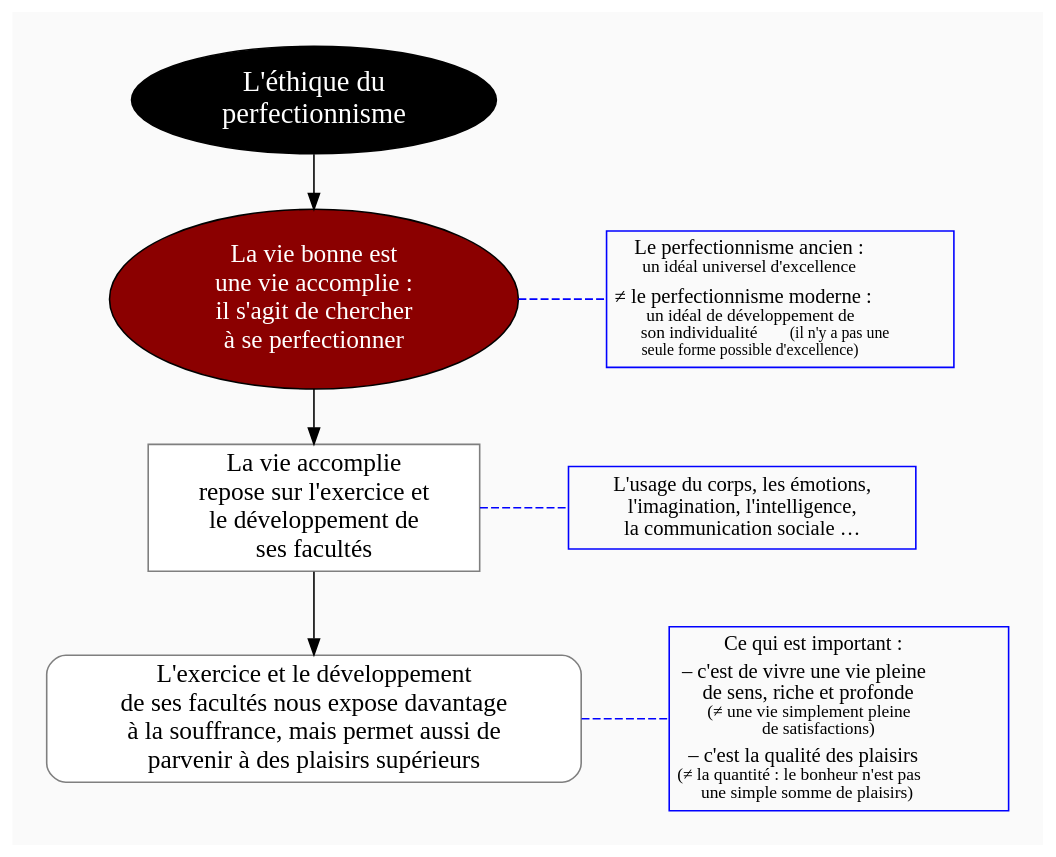
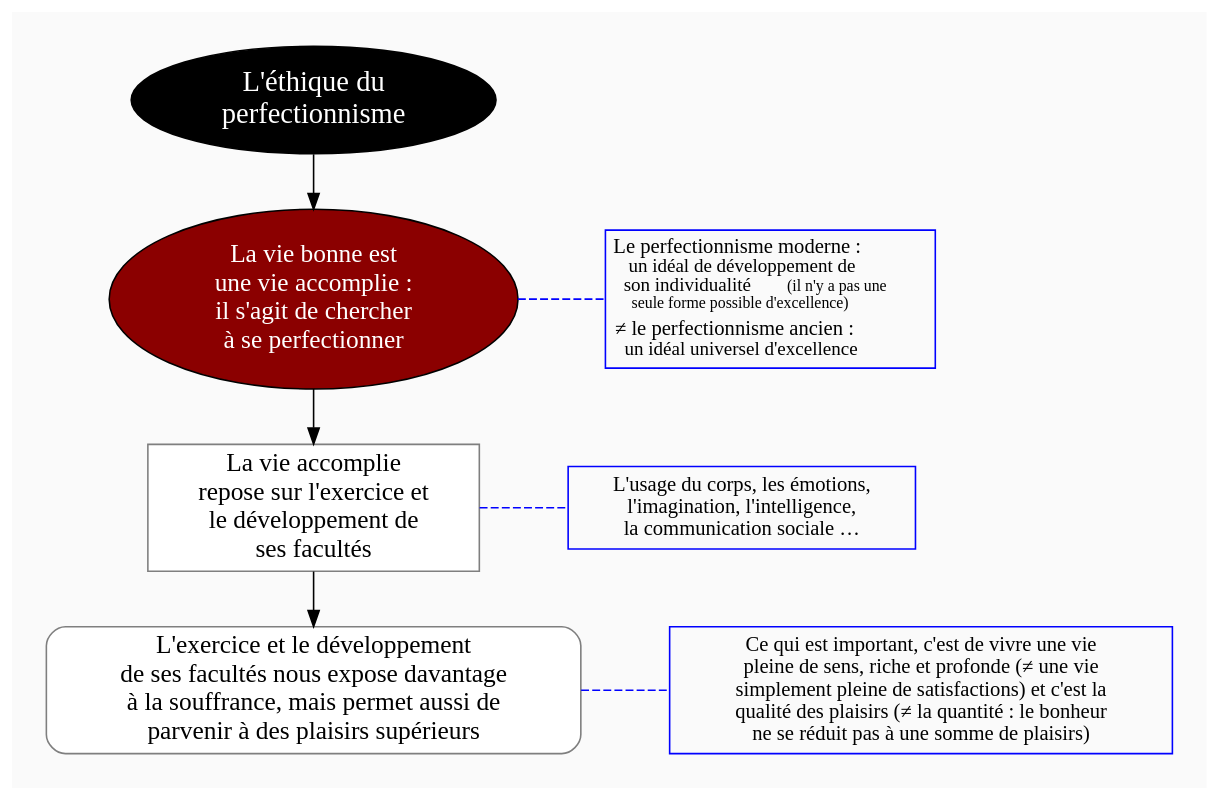
One commit to eyssette/graphviz-examples changed the diagram in diagram/perfectionnisme.dot. Above: the diagram before and after it, drawn with Graphviz.

```diff
--- a/diagram/perfectionnisme.dot
+++ b/diagram/perfectionnisme.dot
@@ -1,100 +1,95 @@
 digraph G {
 // Template : diagram
 // Usage : cours sur le bonheur et le désir
 // Référence : perfectionnisme moral
 
 //rankdir=LR
 splines=true
 //splines=curved
 bgcolor=grey98
 pad=0.3
 style=filled
 edge[minlen=4]
 ranksep=0.1
 nodesep=0.2 // valeur à changer ?
 
 // NIVEAU 1
 node[style=filled; fillcolor=12 ; fontcolor=white ; fontsize=18]
 // a1[label=""]
 a1[label="L'éthique du
 perfectionnisme"]
 
 
 // NIVEAU 2
 node[style=filled;fillcolor=red4;fontcolor=white; fontsize=16]
 // b1[label=""]
 a1->b1[headport=n]
 
 b1[label="La vie bonne est
 une vie accomplie :
 il s'agit de chercher
 à se perfectionner"]
 
 // NIVEAU 3 (sans intermédiaire)
 node [shape=box; style=filled;fillcolor=white;fontcolor=black;color=grey50]
 // c1[label=""]
 b1->c1
 c1[label="La vie accomplie
 repose sur l'exercice et
 le développement de
 ses facultés"]
 
 // INTERMEDIAIRE AVANT NIVEAU 3
 node[style=filled;fillcolor=grey78;shape=oval]
 // [arrowhead=none]
 // bc1[label=""]
 
 // NIVEAU 3 (avec intermédiaire)
 node[style="filled";fillcolor=white;shape=box;color=grey50]
 // c1[label=""]
 
 // NIVEAU 4
 node[style="filled, rounded";fillcolor=white;shape=box;color=grey50]
 // d1[label=""]
 c1->d1
 d1[label="L'exercice et le développement
 de ses facultés nous expose davantage
 à la souffrance, mais permet aussi de
 parvenir à des plaisirs supérieurs"]
 
 // ETIQUETTES EN ROUGE
 node[shape=plaintext;fontcolor=firebrick3;fillcolor=grey98]
 // e1[label=< <B>= Titre</B><BR /><BR />Contenu<BR /> >]
 // e1[label=""]
 // ->e1[minlen=1;style=invis]
 
 
 // Remarques
 node[color=blue;shape=box;style=filled;margin=0.07;fontcolor=black;fontsize=13]
 edge[color=blue;arrowhead="none";xlabel="";style=dashed]
 // r1[label=""]
 // {rank=same;->r1}
 // {rank=same;r1->[dir=back]}
 
 {rank=same;b1->r1}
 {rank=same;c1->r2}
 {rank=same;d1->r3}
 
-r1[label=<Le perfectionnisme ancien :<br/>
-<font point-size="11">un idéal universel d'excellence<br/></font>
-<font point-size="7"><br/></font>
-≠ le perfectionnisme moderne :<br/>
-<font point-size="11">un idéal de développement de<br/>
-son individualité</font><font point-size="10">(il n'y a pas une<br/>
-seule forme possible d'excellence)</font>>]
+r1[label=<Le perfectionnisme moderne :<br/>
+<font point-size="12">un idéal de développement de<br/>
+son individualité </font><font point-size="10">(il n'y a pas une<br/>
+seule forme possible d'excellence)</font><br/>
+<font point-size="5"><br/></font>
+≠ le perfectionnisme ancien :<br/>
+<font point-size="12">un idéal universel d'excellence<br/></font>>]
 r2[label="L'usage du corps, les émotions,
 l'imagination, l'intelligence,
 la communication sociale …"]
-r3[label=<Ce qui est important :<br/>
-<font point-size="5"><br/></font>
-– c'est de vivre une vie pleine<br/>
-de sens, riche et profonde<br/>
-<font point-size="11">(≠ une vie simplement 
-pleine<br/> de satisfactions)</font><br/>
-<font point-size="5"><br/></font>
-– c'est la qualité des plaisirs<br/>
-<font point-size="11">(≠ la quantité : le bonheur n'est pas<br/>
-une simple somme de plaisirs)</font>>]
+r3[label="Ce qui est important, c'est de vivre une vie
+pleine de sens, riche et profonde (≠ une vie
+simplement pleine de satisfactions) et c'est la
+qualité des plaisirs (≠ la quantité : le bonheur
+ne se réduit pas à une somme de plaisirs)"]
 
 
 }
```
